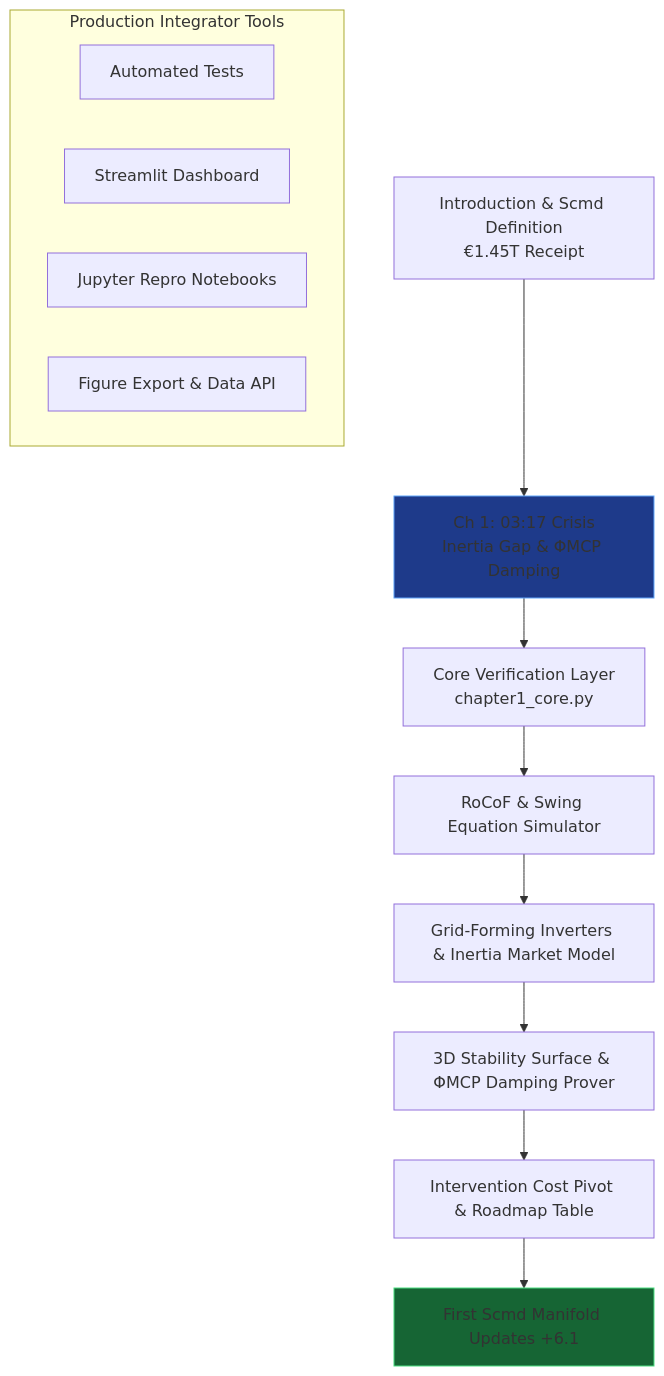
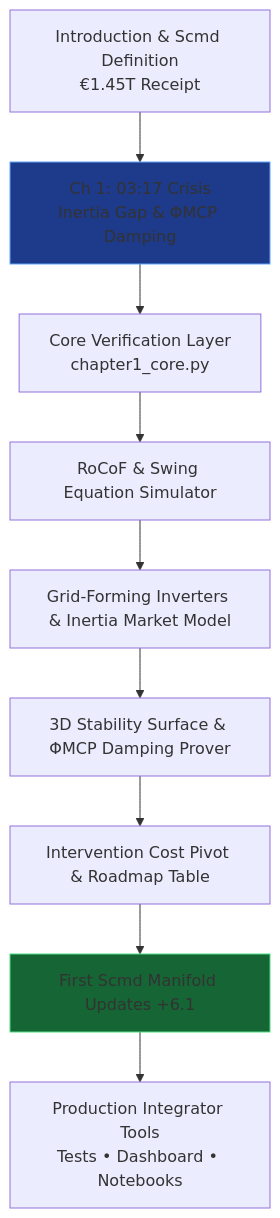
The third of 3 diagrams in README.md (iceccarelli/Renewables_Migration_Chapter1_Proof_Engine), drawn with Mermaid before and after one commit. The commit also changed other lines of this file, not shown here.

````diff
--- a/README.md
+++ b/README.md
@@ -33,22 +81,14 @@
 ```mermaid
 graph TD
-    A[Introduction & Scmd Definition<br/>€1.45T Receipt] 
-    --> B[Ch 1: 03:17 Crisis<br/>Inertia Gap & ΦMCP Damping]
-    
+    A[Introduction & Scmd Definition<br/>€1.45T Receipt] --> B[Ch 1: 03:17 Crisis<br/>Inertia Gap & ΦMCP Damping]
     B --> C[Core Verification Layer<br/>chapter1_core.py]
     C --> D[RoCoF & Swing Equation Simulator]
     D --> E[Grid-Forming Inverters & Inertia Market Model]
     E --> F[3D Stability Surface & ΦMCP Damping Prover]
     F --> G[Intervention Cost Pivot & Roadmap Table]
     G --> H[First Scmd Manifold Updates +6.1]
-    
-    subgraph Production Integrator Tools
-        I[Automated Tests]
-        J[Streamlit Dashboard]
-        K[Jupyter Repro Notebooks]
-        L[Figure Export & Data API]
-    end
-    
+    H --> I[Production Integrator Tools<br/>Tests • Dashboard • Notebooks]
+
     style B fill:#1e3a8a,stroke:#60a5fa
     style H fill:#166534,stroke:#4ade80
 ```
````
